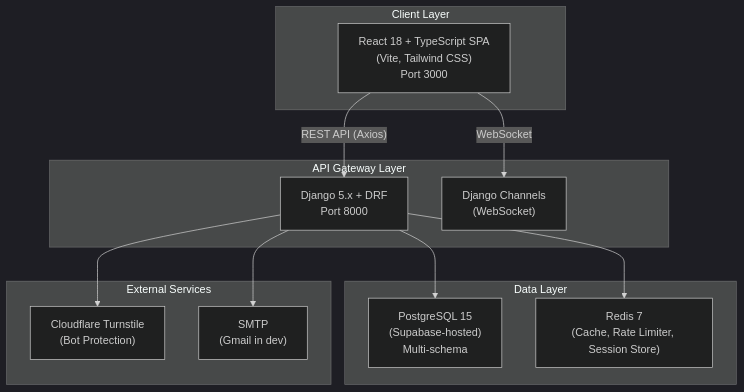
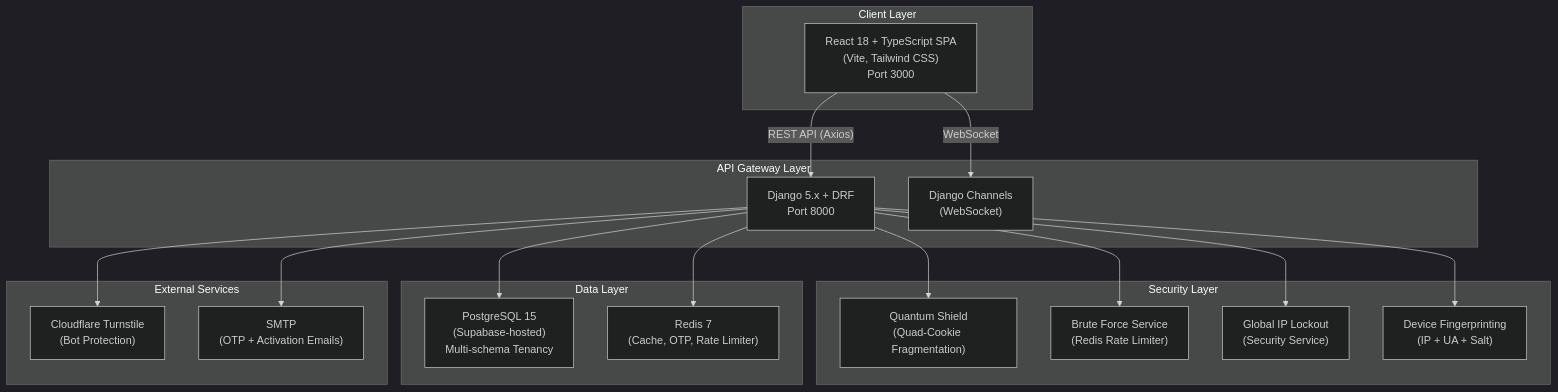
One commit to manoharreddyparne/core_final changed the first of 3 diagrams in docs/02_SYSTEM_ARCHITECTURE.md. Above: the diagram before and after it, drawn with Mermaid (dark theme). The commit also changed other lines of this file and 6 other files, not shown here.

Commit message:
Rewrite all project docs: accurate Quantum Shield, SafeJWT, full sprint showcase, expanded user stories

````diff
--- a/docs/02_SYSTEM_ARCHITECTURE.md
+++ b/docs/02_SYSTEM_ARCHITECTURE.md
@@ -9,28 +9,39 @@
 ```mermaid
 graph TB
     subgraph "Client Layer"
         FE["React 18 + TypeScript SPA<br/>(Vite, Tailwind CSS)<br/>Port 3000"]
     end
 
     subgraph "API Gateway Layer"
         BE["Django 5.x + DRF<br/>Port 8000"]
         WS["Django Channels<br/>(WebSocket)"]
     end
 
+    subgraph "Security Layer"
+        QS["Quantum Shield<br/>(Quad-Cookie Fragmentation)"]
+        BF["Brute Force Service<br/>(Redis Rate Limiter)"]
+        GL["Global IP Lockout<br/>(Security Service)"]
+        FP["Device Fingerprinting<br/>(IP + UA + Salt)"]
+    end
+
     subgraph "Data Layer"
-        PG["PostgreSQL 15<br/>(Supabase-hosted)<br/>Multi-schema"]
-        RD["Redis 7<br/>(Cache, Rate Limiter, Session Store)"]
+        PG["PostgreSQL 15<br/>(Supabase-hosted)<br/>Multi-schema Tenancy"]
+        RD["Redis 7<br/>(Cache, OTP, Rate Limiter)"]
     end
 
     subgraph "External Services"
         CF["Cloudflare Turnstile<br/>(Bot Protection)"]
-        SMTP["SMTP<br/>(Gmail in dev)"]
+        SMTP["SMTP<br/>(OTP + Activation Emails)"]
     end
 
     FE -- "REST API (Axios)" --> BE
     FE -- "WebSocket" --> WS
+    BE --> QS
+    BE --> BF
+    BE --> GL
+    BE --> FP
     BE --> PG
     BE --> RD
     BE --> CF
     BE --> SMTP
 ```
````
